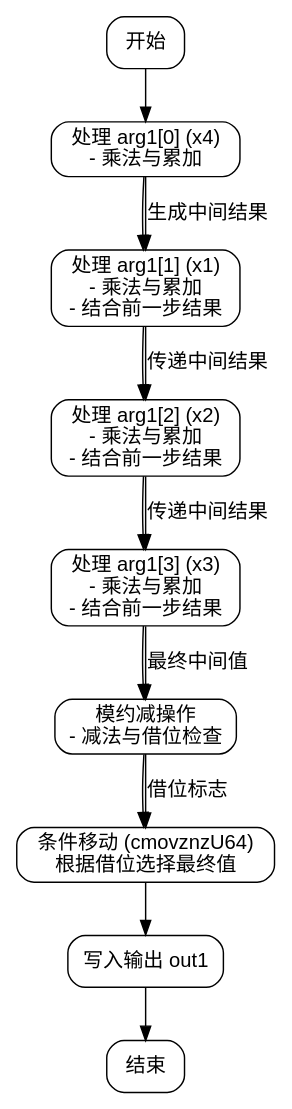
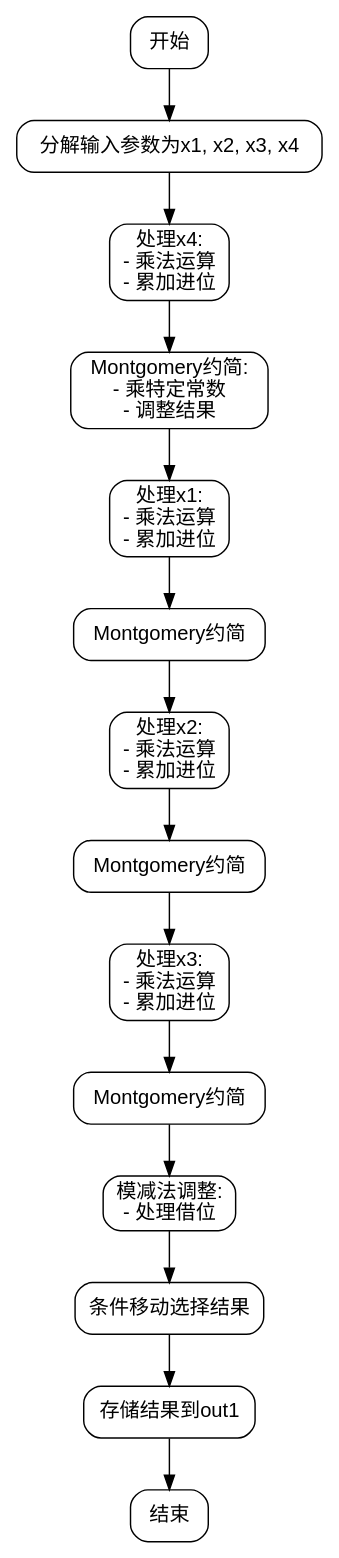
Before and after one commit to sdzx-1/deepseek-zig-reader: the diagram in dot_std/crypto/pcurves/p256/p256_scalar_64.zig.toMontgomery.md, drawn with Graphviz. The commit also changed other lines of this file and 236 other files, not shown here.

````diff
--- a/dot_std/crypto/pcurves/p256/p256_scalar_64.zig.toMontgomery.md
+++ b/dot_std/crypto/pcurves/p256/p256_scalar_64.zig.toMontgomery.md
@@ -31,33 +49,35 @@
 ```dot
 digraph flowchart {
     node [shape=rectangle, style=rounded, fontname=Helvetica];
     edge [fontname=Helvetica];
-    rankdir=TB;
 
     start [label="开始"];
-    process_x4 [label="处理 arg1[0] (x4)\n- 乘法与累加"];
-    process_x1 [label="处理 arg1[1] (x1)\n- 乘法与累加\n- 结合前一步结果"];
-    process_x2 [label="处理 arg1[2] (x2)\n- 乘法与累加\n- 结合前一步结果"];
-    process_x3 [label="处理 arg1[3] (x3)\n- 乘法与累加\n- 结合前一步结果"];
-    reduction [label="模约减操作\n- 减法与借位检查"];
-    cmov [label="条件移动 (cmovznzU64)\n根据借位选择最终值"];
-    write_output [label="写入输出 out1"];
+    decompose_input [label="分解输入参数为x1, x2, x3, x4"];
+    process_x4 [label="处理x4:\n- 乘法运算\n- 累加进位"];
+    montgomery_reduce1 [label="Montgomery约简:\n- 乘特定常数\n- 调整结果"];
+    process_x1 [label="处理x1:\n- 乘法运算\n- 累加进位"];
+    montgomery_reduce2 [label="Montgomery约简"];
+    process_x2 [label="处理x2:\n- 乘法运算\n- 累加进位"];
+    montgomery_reduce3 [label="Montgomery约简"];
+    process_x3 [label="处理x3:\n- 乘法运算\n- 累加进位"];
+    montgomery_reduce4 [label="Montgomery约简"];
+    final_sub [label="模减法调整:\n- 处理借位"];
+    cmov [label="条件移动选择结果"];
+    output [label="存储结果到out1"];
     end [label="结束"];
 
-    start -> process_x4;
-    process_x4 -> process_x1;
-    process_x1 -> process_x2;
-    process_x2 -> process_x3;
-    process_x3 -> reduction;
-    reduction -> cmov;
-    cmov -> write_output;
-    write_output -> end;
-
-    // 细化内部操作（可选，此处保持简洁）
-    process_x4 -> process_x1 [label="生成中间结果"];
-    process_x1 -> process_x2 [label="传递中间结果"];
-    process_x2 -> process_x3 [label="传递中间结果"];
-    process_x3 -> reduction [label="最终中间值"];
-    reduction -> cmov [label="借位标志"];
+    start -> decompose_input;
+    decompose_input -> process_x4;
+    process_x4 -> montgomery_reduce1;
+    montgomery_reduce1 -> process_x1;
+    process_x1 -> montgomery_reduce2;
+    montgomery_reduce2 -> process_x2;
+    process_x2 -> montgomery_reduce3;
+    montgomery_reduce3 -> process_x3;
+    process_x3 -> montgomery_reduce4;
+    montgomery_reduce4 -> final_sub;
+    final_sub -> cmov;
+    cmov -> output;
+    output -> end;
 }
-```
+``` 
````
